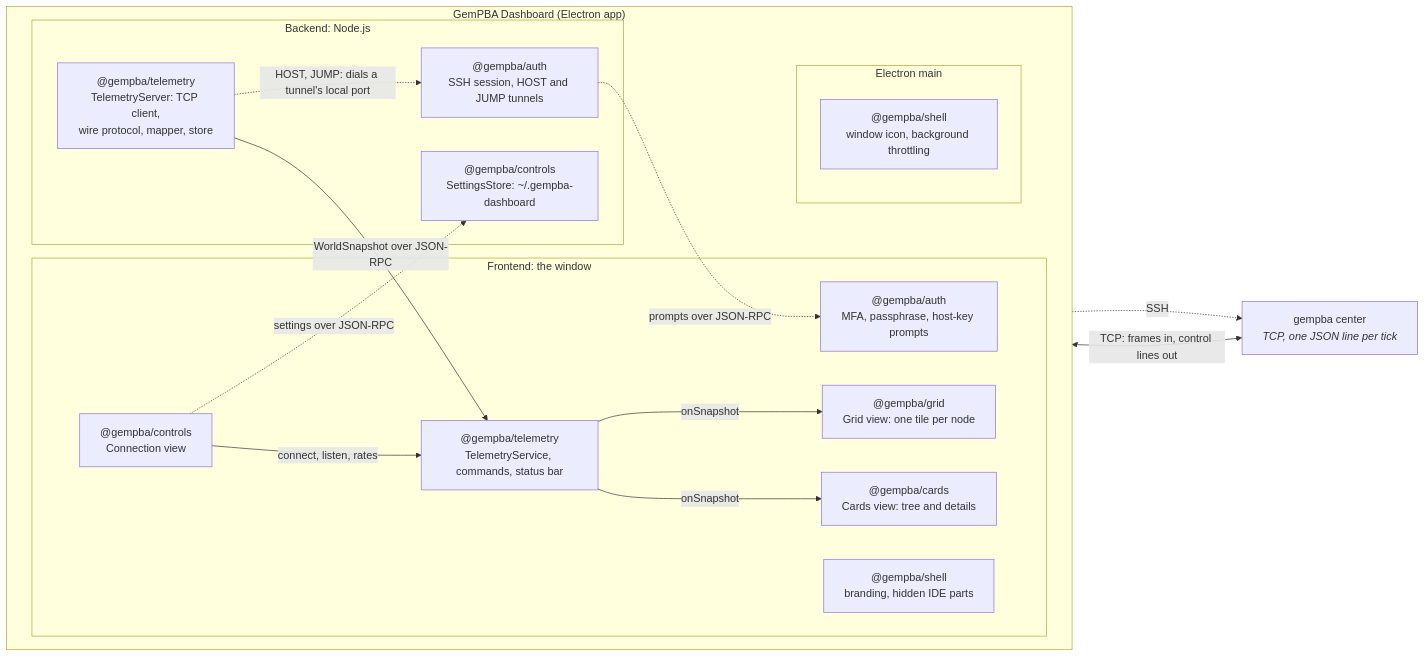
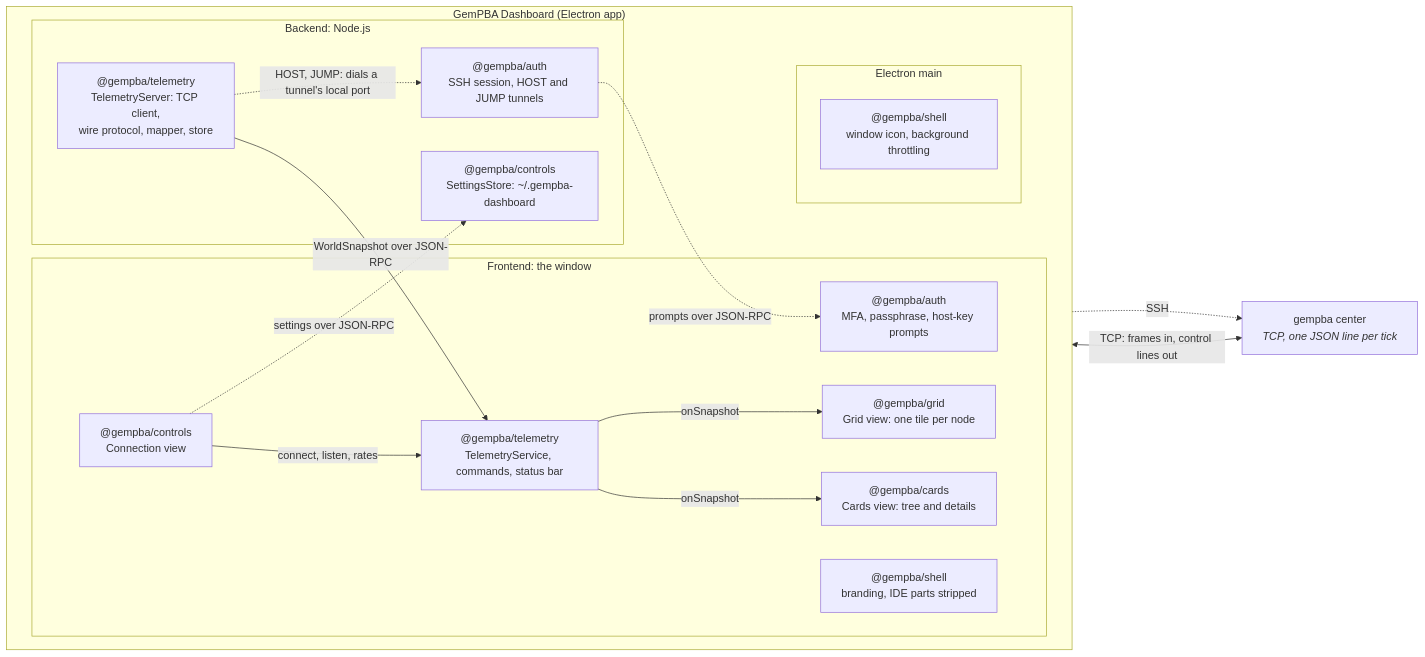
Before and after one commit to rapastranac/gempba-dashboard: the first of 3 diagrams in ARCHITECTURE.md, drawn with Mermaid. The commit also changed other lines of this file, not shown here.

First line of the commit message:
#55 docs: Document the stripped IDE features in ARCHITECTURE.md

````diff
--- a/ARCHITECTURE.md
+++ b/ARCHITECTURE.md
@@ -33,32 +33,32 @@
 ```mermaid
 flowchart LR
     gempba["gempba center<br/><i>TCP, one JSON line per tick</i>"]
     subgraph app["GemPBA Dashboard (Electron app)"]
         direction LR
         subgraph backend["Backend: Node.js"]
             telemetry["@gempba/telemetry<br/>TelemetryServer: TCP client,<br/>wire protocol, mapper, store"]
             authNode["@gempba/auth<br/>SSH session, HOST and JUMP tunnels"]
             settingsNode["@gempba/controls<br/>SettingsStore: ~/.gempba-dashboard"]
         end
         subgraph frontend["Frontend: the window"]
             service["@gempba/telemetry<br/>TelemetryService, commands, status bar"]
             authUi["@gempba/auth<br/>MFA, passphrase, host-key prompts"]
             controlsUi["@gempba/controls<br/>Connection view"]
-            shellUi["@gempba/shell<br/>branding, hidden IDE parts"]
+            shellUi["@gempba/shell<br/>branding, IDE parts stripped"]
             gridUi["@gempba/grid<br/>Grid view: one tile per node"]
             cardsUi["@gempba/cards<br/>Cards view: tree and details"]
         end
         subgraph main["Electron main"]
             shellMain["@gempba/shell<br/>window icon, background throttling"]
         end
     end
     gempba <-->|"TCP: frames in, control lines out"| telemetry
     telemetry -.->|"HOST, JUMP: dials a tunnel's local port"| authNode
     authNode -.->|SSH| gempba
     authNode -.->|"prompts over JSON-RPC"| authUi
     telemetry -->|"WorldSnapshot over JSON-RPC"| service
     service -->|onSnapshot| gridUi
     service -->|onSnapshot| cardsUi
     controlsUi -->|"connect, listen, rates"| service
     controlsUi -.->|"settings over JSON-RPC"| settingsNode
 ```
````
